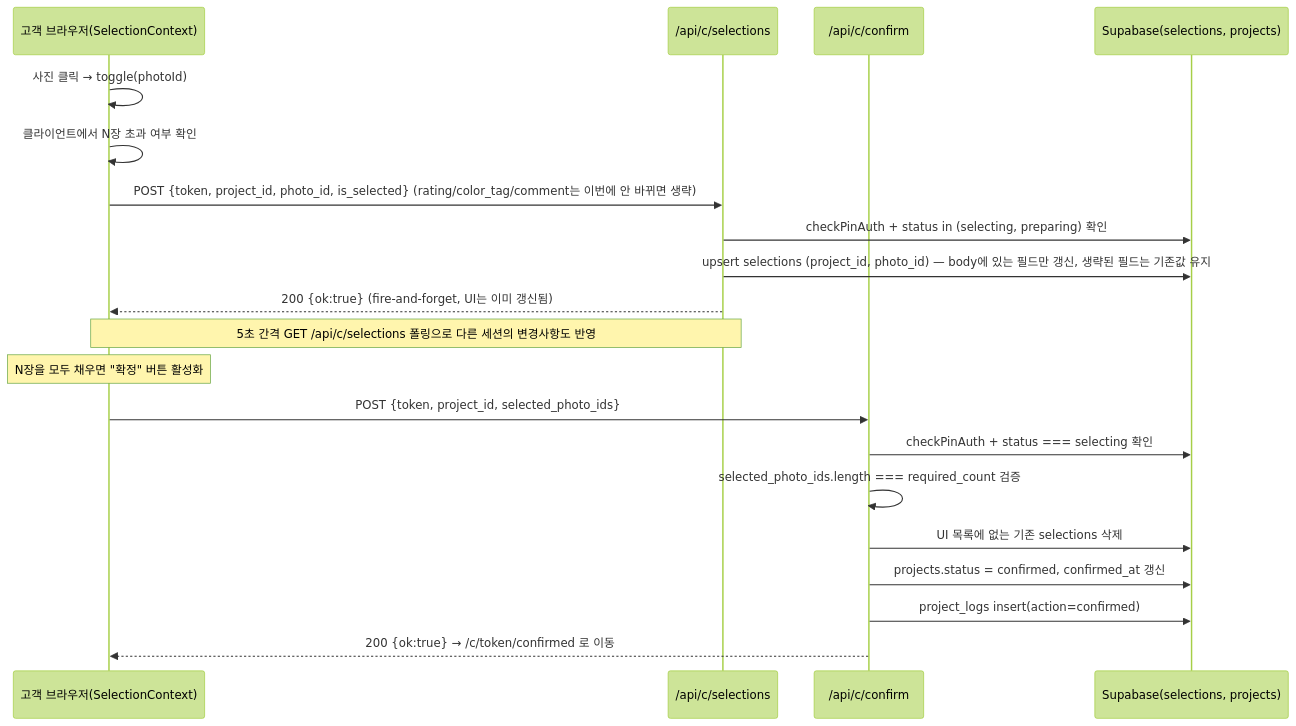
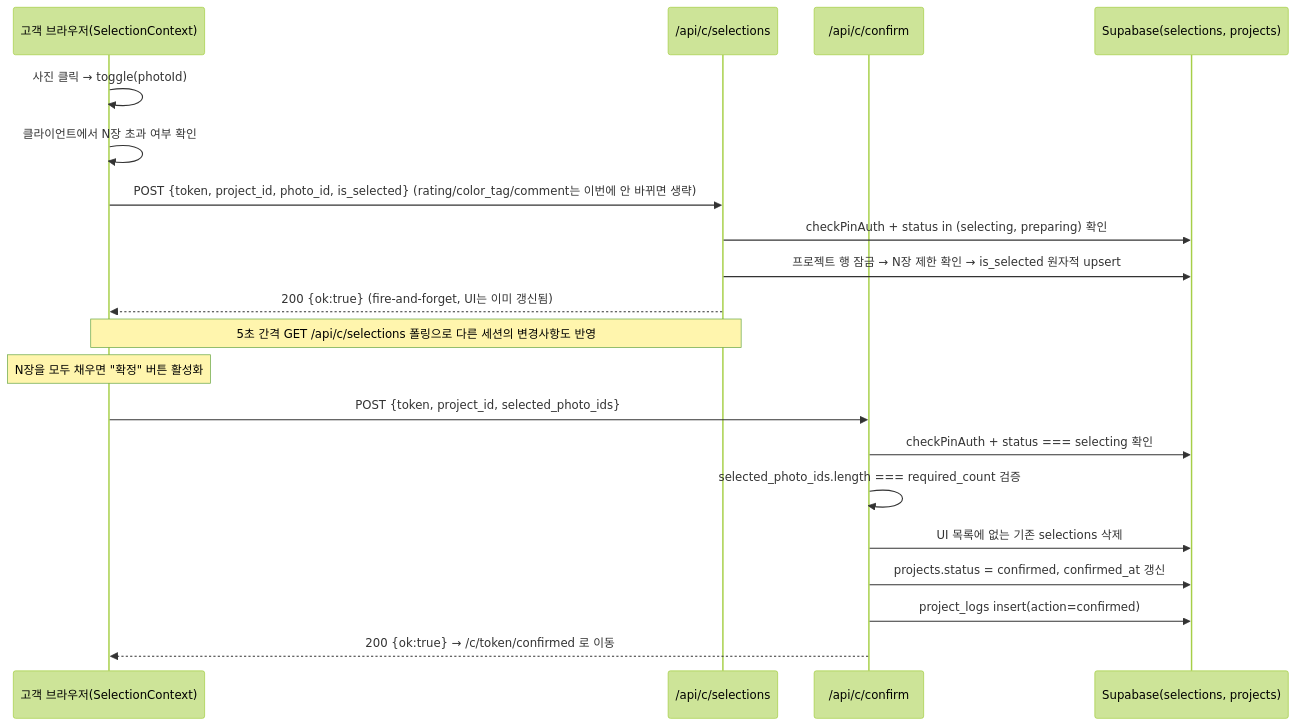
One commit to iamsonghee/photo-selection-fe changed the third of 3 diagrams in docs/architecture.md. Above: the diagram before and after it, drawn with Mermaid (forest theme). The commit also changed other lines of this file and 78 other files, not shown here.

````diff
--- a/docs/architecture.md
+++ b/docs/architecture.md
@@ -698,24 +709,24 @@
 ```mermaid
 sequenceDiagram
     participant C as 고객 브라우저(SelectionContext)
     participant Sel as /api/c/selections
     participant Conf as /api/c/confirm
     participant DB as Supabase(selections, projects)
 
     C->>C: 사진 클릭 → toggle(photoId)
     C->>C: 클라이언트에서 N장 초과 여부 확인
     C->>Sel: POST {token, project_id, photo_id, is_selected} (rating/color_tag/comment는 이번에 안 바뀌면 생략)
     Sel->>DB: checkPinAuth + status in (selecting, preparing) 확인
-    Sel->>DB: upsert selections (project_id, photo_id) — body에 있는 필드만 갱신, 생략된 필드는 기존값 유지
+    Sel->>DB: 프로젝트 행 잠금 → N장 제한 확인 → is_selected 원자적 upsert
     Sel-->>C: 200 {ok:true} (fire-and-forget, UI는 이미 갱신됨)
     Note over C,Sel: 5초 간격 GET /api/c/selections 폴링으로 다른 세션의 변경사항도 반영
 
     Note over C: N장을 모두 채우면 "확정" 버튼 활성화
     C->>Conf: POST {token, project_id, selected_photo_ids}
     Conf->>DB: checkPinAuth + status === selecting 확인
     Conf->>Conf: selected_photo_ids.length === required_count 검증
     Conf->>DB: UI 목록에 없는 기존 selections 삭제
     Conf->>DB: projects.status = confirmed, confirmed_at 갱신
     Conf->>DB: project_logs insert(action=confirmed)
     Conf-->>C: 200 {ok:true} → /c/token/confirmed 로 이동
 ```
````
